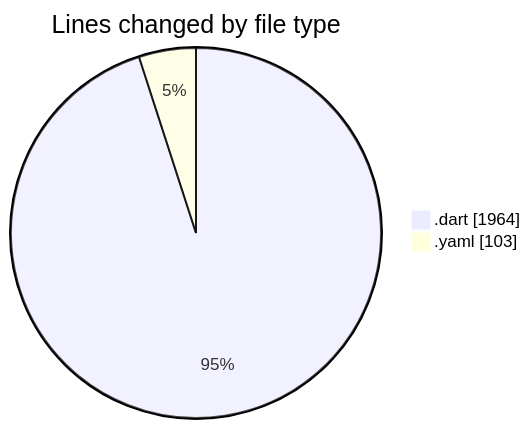
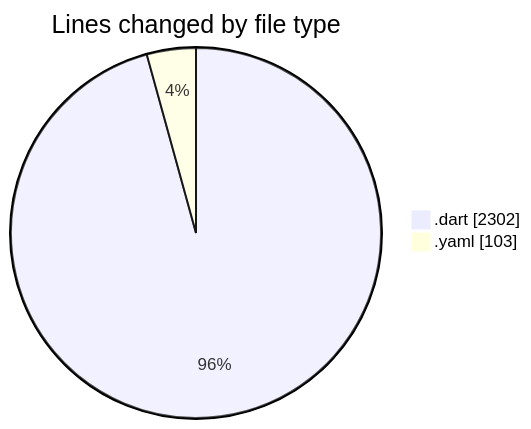
Before and after one commit to donsfak/code-tracking: the first of 2 diagrams in 2025-02-25/trackers_app/README.md, drawn with Mermaid. The commit also changed other lines of this file and 1 other file, not shown here.

````diff
--- a/2025-02-25/trackers_app/README.md
+++ b/2025-02-25/trackers_app/README.md
@@ -31,6 +32,6 @@
 ```mermaid
 pie showData
 title Lines changed by file type
-".dart" : 1964
+".dart" : 2302
 ".yaml" : 103
 ```
````
